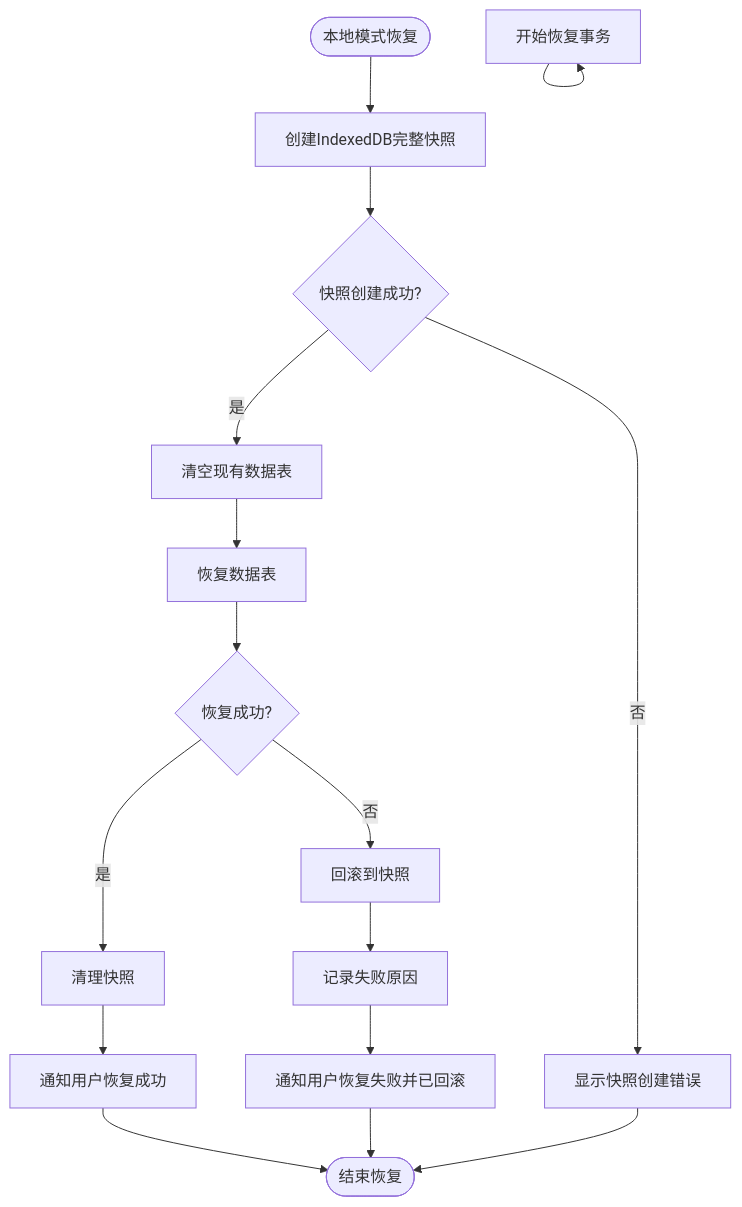
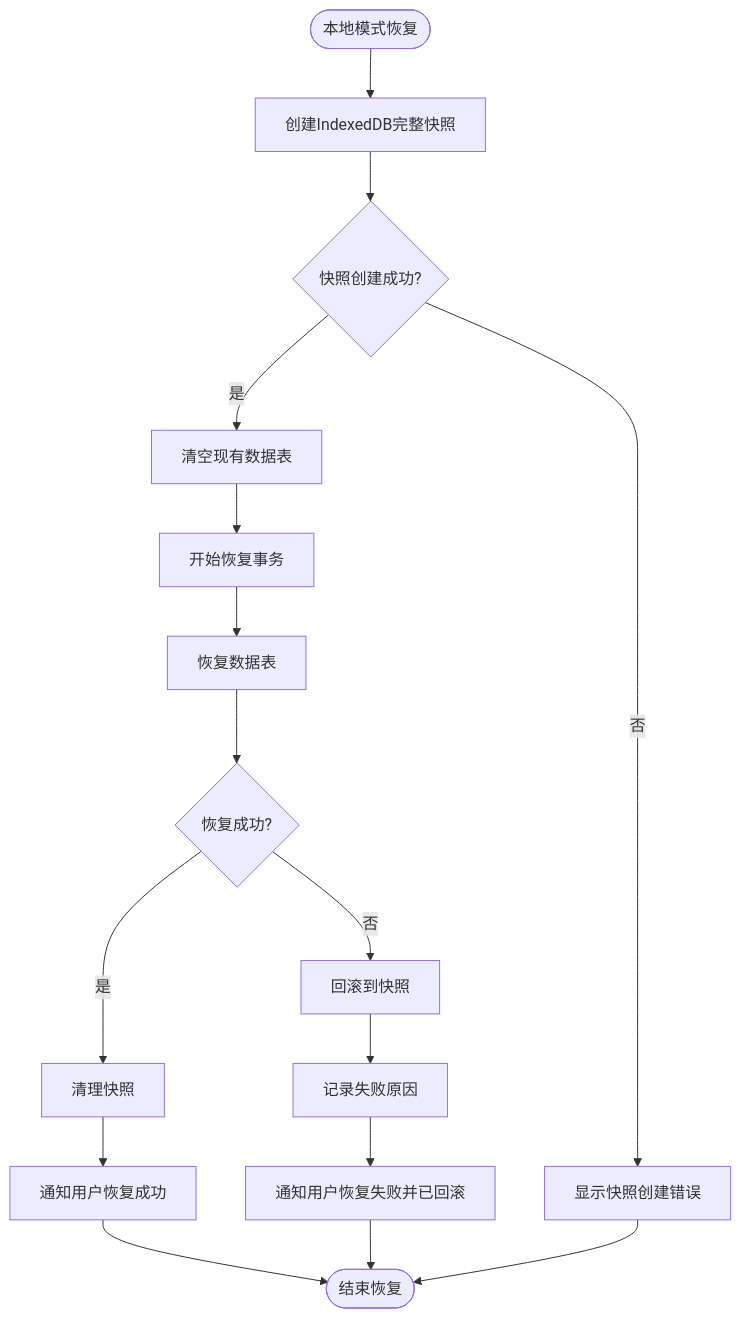
The diagram in all/未命名-53.md (yingjianzh/iodraw-files), drawn with Mermaid before and after one commit.

Commit message:
2025-05-09 17:13:19 update

````diff
--- a/all/未命名-53.md
+++ b/all/未命名-53.md
@@ -1,25 +1,25 @@
 ```mermaid
 flowchart TD
     Start([本地模式恢复]) --> CreateSnapshot[创建IndexedDB完整快照]
     CreateSnapshot --> SnapshotCreated{快照创建成功?}
     
     SnapshotCreated -->|否| ShowSnapshotError[显示快照创建错误]
     SnapshotCreated -->|是| ClearExistingData[清空现有数据表]
     
-    BeginTransaction --> BeginTransaction[开始恢复事务]
-    ClearExistingData --> RestoreDataTables[恢复数据表]
+    ClearExistingData --> BeginTransaction[开始恢复事务]
+    BeginTransaction --> RestoreDataTables[恢复数据表]
     
     RestoreDataTables --> Success{恢复成功?}
     Success -->|是| CleanupSnapshot[清理快照]
     Success -->|否| RollbackChanges[回滚到快照]
     
     
     RollbackChanges --> LogFailure[记录失败原因]
     
     CleanupSnapshot --> NotifySuccess[通知用户恢复成功]
     LogFailure --> NotifyFailure[通知用户恢复失败并已回滚]
     
     NotifySuccess --> End([结束恢复])
     NotifyFailure --> End
     ShowSnapshotError --> End
 ```
````
